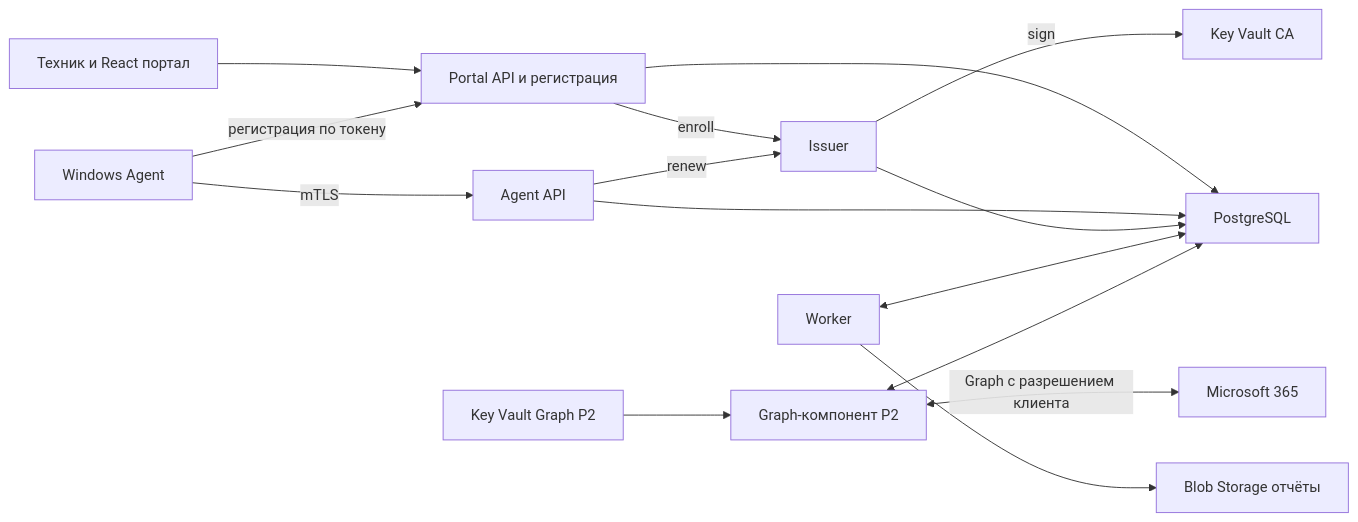
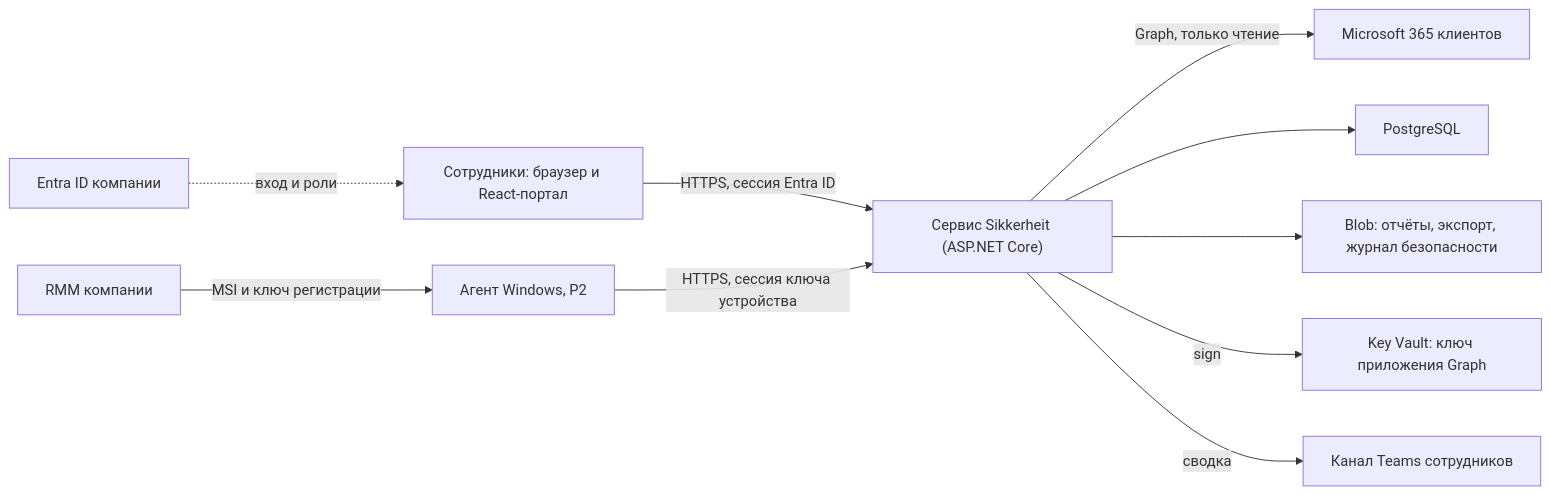
One commit to Oleksandr-Kliuiev/sikkerheit changed the diagram in development-package/02-architecture-and-stack.md. Above: the diagram before and after it, drawn with Mermaid. The commit also changed other lines of this file and 41 other files, not shown here.

First line of the commit message:
Package 0.3.0: architecture right-sized for a 40-client MSP, built

````diff
--- a/development-package/02-architecture-and-stack.md
+++ b/development-package/02-architecture-and-stack.md
@@ -5,17 +5,12 @@
 ```mermaid
 flowchart LR
-    U["Техник и React портал"] --> P["Portal API и регистрация"]
-    A["Windows Agent"] -->|"mTLS"| I["Agent API"]
-    A -->|"регистрация по токену"| P
-    P -->|"enroll"| S["Issuer"]
-    I -->|"renew"| S
-    S -->|"sign"| KC["Key Vault CA"]
-    P --> D["PostgreSQL"]
-    I --> D
-    S --> D
-    W["Worker"] <--> D
-    W --> B["Blob Storage отчёты"]
-    G["Graph-компонент P2"] <--> D
-    G <-->|"Graph с разрешением клиента"| M["Microsoft 365"]
-    KG["Key Vault Graph P2"] --> G
+    U["Сотрудники: браузер и React-портал"] -->|"HTTPS, сессия Entra ID"| S["Сервис Sikkerheit (ASP.NET Core)"]
+    A["Агент Windows, P2"] -->|"HTTPS, сессия ключа устройства"| S
+    R["RMM компании"] -->|"MSI и ключ регистрации"| A
+    S -->|"Graph, только чтение"| M["Microsoft 365 клиентов"]
+    S --> D["PostgreSQL"]
+    S --> B["Blob: отчёты, экспорт, журнал безопасности"]
+    S -->|"sign"| K["Key Vault: ключ приложения Graph"]
+    S -->|"сводка"| T["Канал Teams сотрудников"]
+    E["Entra ID компании"] -.->|"вход и роли"| U
 ```
````
